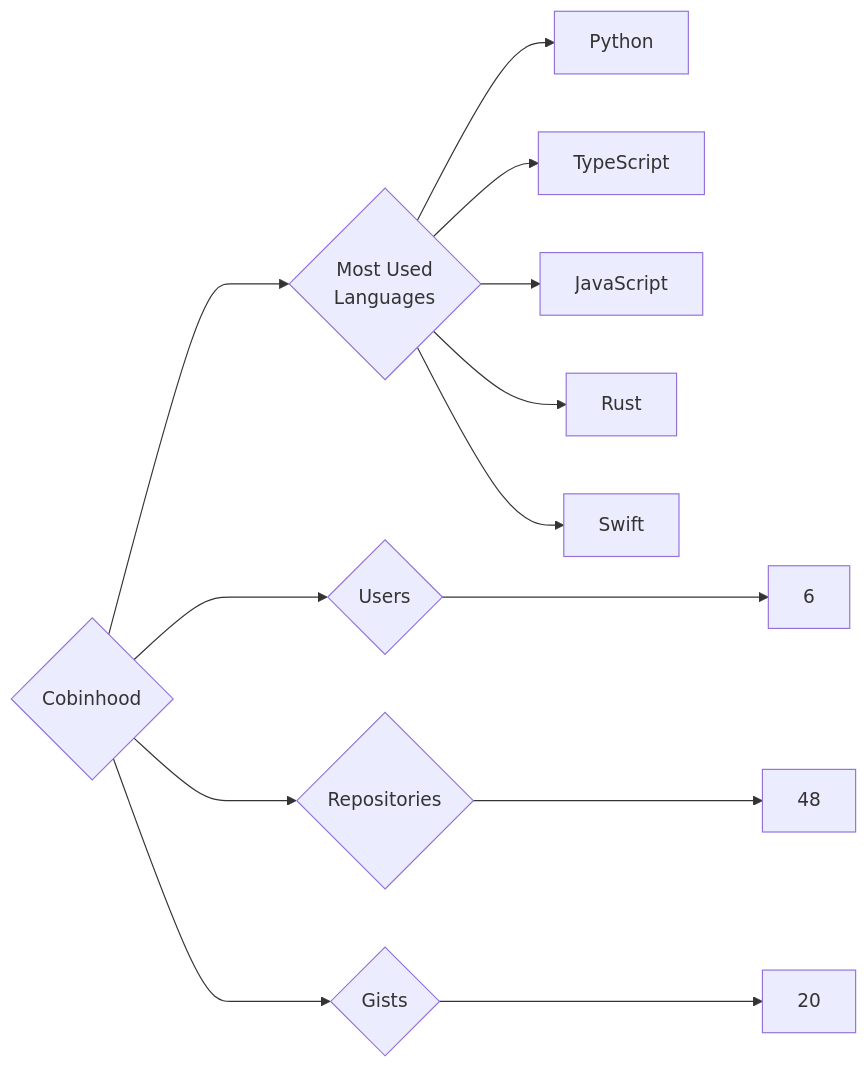
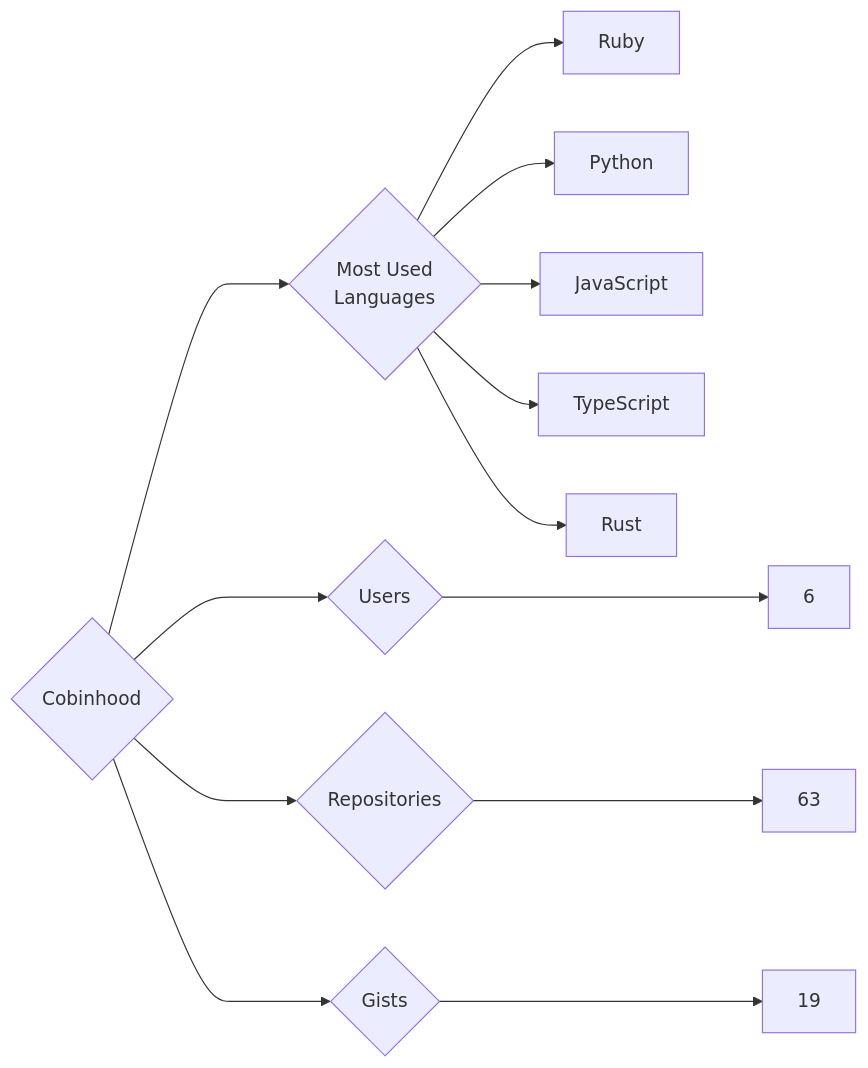
The diagram in targets/Cobinhood/README.md (trickest/insiders), drawn with Mermaid before and after one commit. The commit also changed 1212 other files, not shown here.

````diff
--- a/targets/Cobinhood/README.md
+++ b/targets/Cobinhood/README.md
@@ -3,13 +3,13 @@
 ```mermaid
 graph LR
 COMPANY_NAME{Cobinhood}
 COMPANY_NAME ---> U{Users} ---> UN[6]
-COMPANY_NAME ---> R{Repositories} ---> RN[48]
-COMPANY_NAME ---> G{Gists} ---> GN[20]
+COMPANY_NAME ---> R{Repositories} ---> RN[63]
+COMPANY_NAME ---> G{Gists} ---> GN[19]
 COMPANY_NAME ---> ML{Most Used<br>Languages}
+ML --> Ruby[Ruby]
 ML --> Python[Python]
+ML --> JavaScript[JavaScript]
 ML --> TypeScript[TypeScript]
-ML --> JavaScript[JavaScript]
 ML --> Rust[Rust]
-ML --> Swift[Swift]
 ```
````
